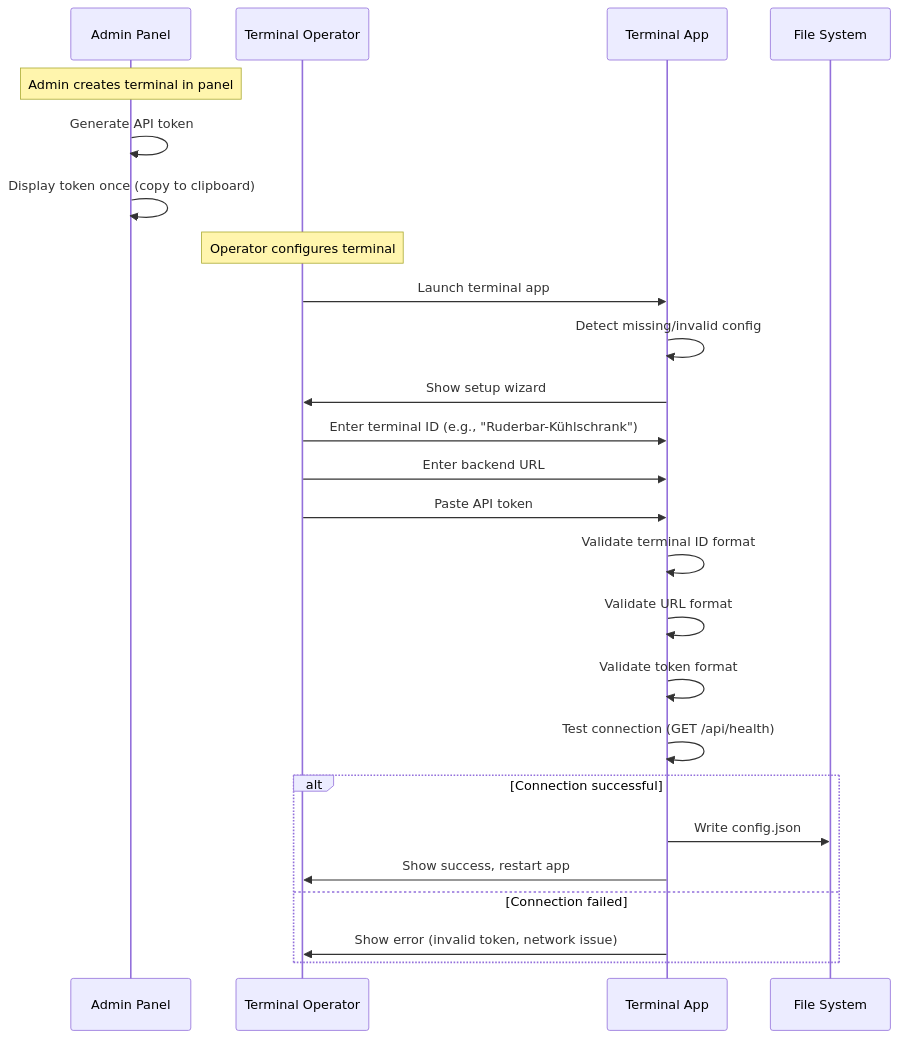
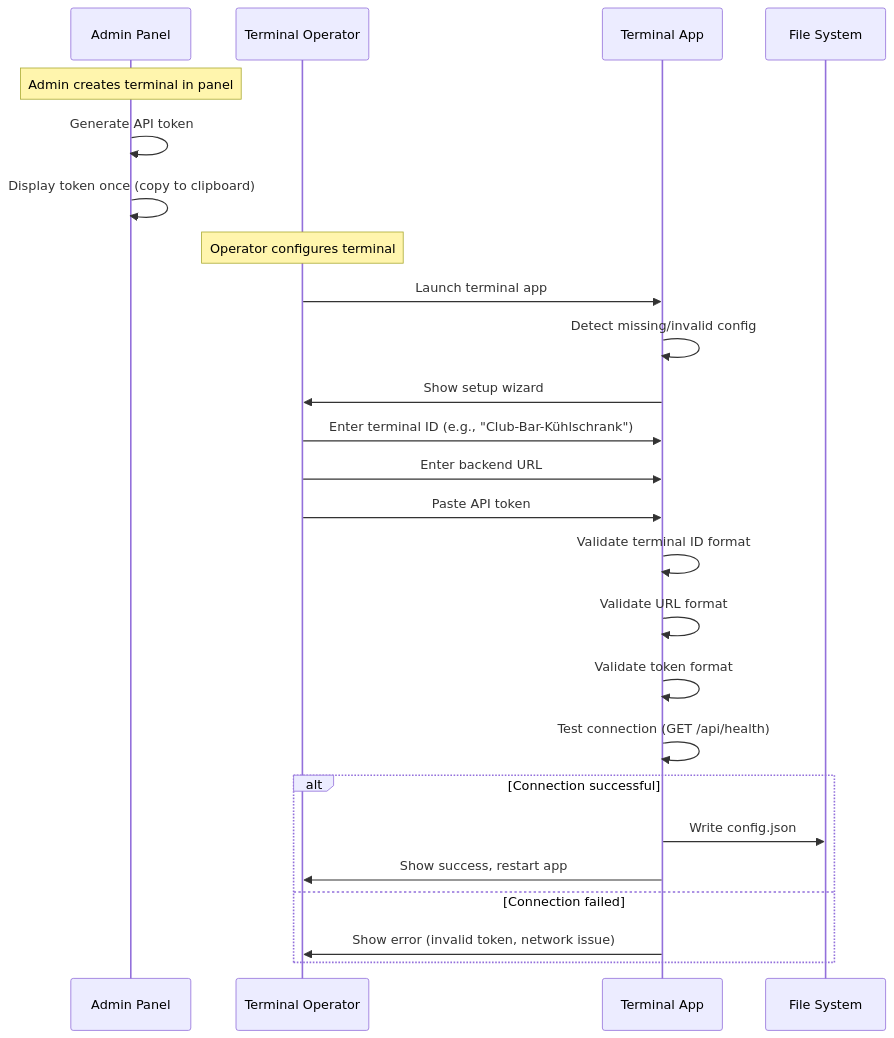
One commit to dgloeckner/clubbar changed the second of 2 diagrams in adr/0019-frontend-access-token-configuration.md. Above: the diagram before and after it, drawn with Mermaid. The commit also changed other lines of this file and 14 other files, not shown here.

Commit message:
rebrand: update all ADRs from Ruderbar to Club Bar

````diff
--- a/adr/0019-frontend-access-token-configuration.md
+++ b/adr/0019-frontend-access-token-configuration.md
@@ -166,32 +166,32 @@
 ```mermaid
 sequenceDiagram
     participant Admin as Admin Panel
     participant Operator as Terminal Operator
     participant Terminal as Terminal App
     participant FS as File System
 
     Note over Admin: Admin creates terminal in panel
     Admin->>Admin: Generate API token
     Admin->>Admin: Display token once (copy to clipboard)
 
     Note over Operator: Operator configures terminal
     Operator->>Terminal: Launch terminal app
     Terminal->>Terminal: Detect missing/invalid config
     Terminal->>Operator: Show setup wizard
 
-    Operator->>Terminal: Enter terminal ID (e.g., "Ruderbar-Kühlschrank")
+    Operator->>Terminal: Enter terminal ID (e.g., "Club-Bar-Kühlschrank")
     Operator->>Terminal: Enter backend URL
     Operator->>Terminal: Paste API token
 
     Terminal->>Terminal: Validate terminal ID format
     Terminal->>Terminal: Validate URL format
     Terminal->>Terminal: Validate token format
     Terminal->>Terminal: Test connection (GET /api/health)
 
     alt Connection successful
         Terminal->>FS: Write config.json
         Terminal->>Operator: Show success, restart app
     else Connection failed
         Terminal->>Operator: Show error (invalid token, network issue)
     end
 ```
````
